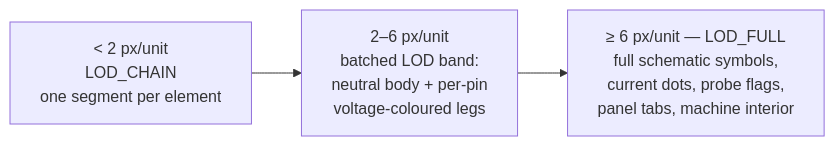
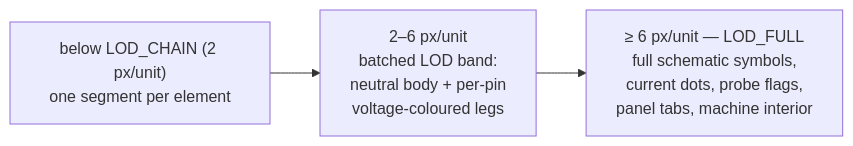
Before and after one commit to danroblewis/ee-game: the first of 2 diagrams in docs/asbuilt_client.md, drawn with Mermaid. The commit also changed 3 other files, not shown here.

First line of the commit message:
Docs fact-check: fix the broken co-sim diagram and four stale claims

````diff
--- a/docs/asbuilt_client.md
+++ b/docs/asbuilt_client.md
@@ -52,5 +52,5 @@
 ```mermaid
 flowchart LR
-    A["&lt; 2 px/unit<br/>LOD_CHAIN<br/>one segment per element"] --> B["2–6 px/unit<br/>batched LOD band:<br/>neutral body + per-pin<br/>voltage-coloured legs"]
+    A["below LOD_CHAIN (2 px/unit)<br/>one segment per element"] --> B["2–6 px/unit<br/>batched LOD band:<br/>neutral body + per-pin<br/>voltage-coloured legs"]
     B --> C["≥ 6 px/unit — LOD_FULL<br/>full schematic symbols,<br/>current dots, probe flags,<br/>panel tabs, machine interior"]
 ```
````
